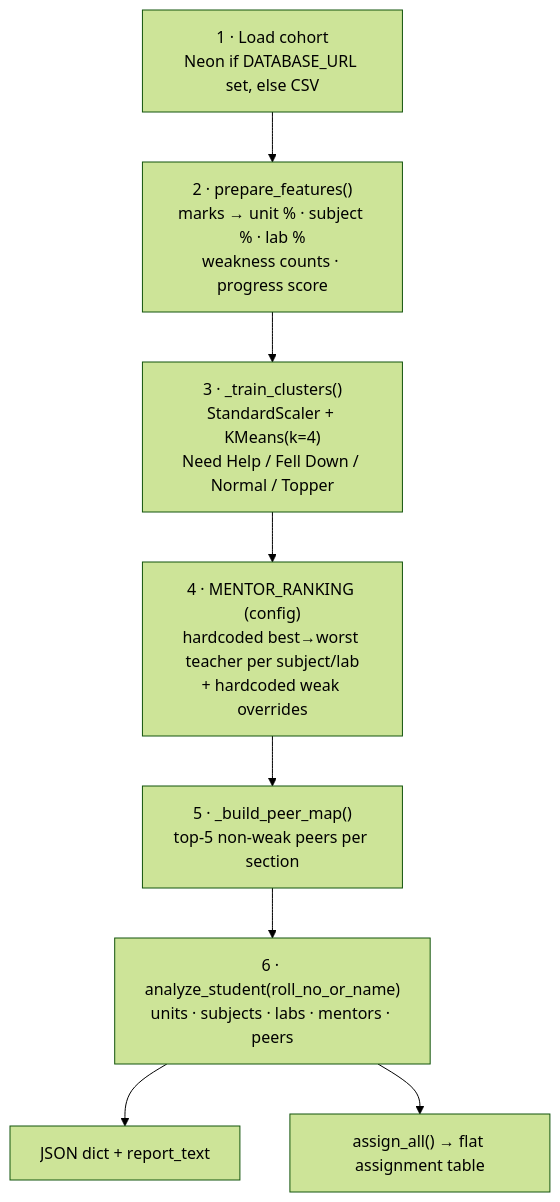
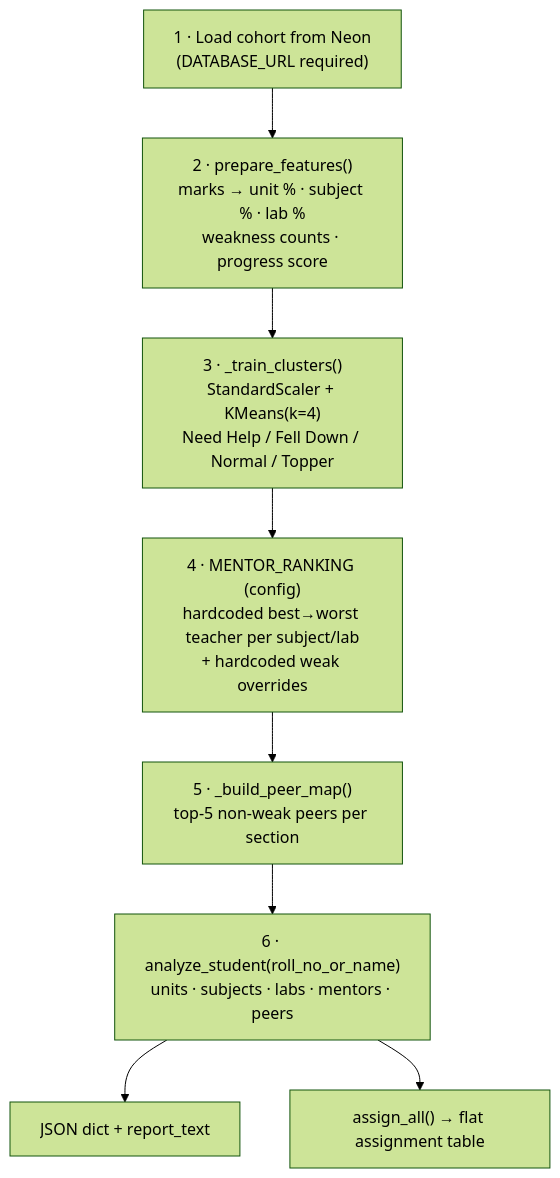
Before and after one commit to cybodexx/edu-growth: the third of 6 diagrams in README.md, drawn with Mermaid (forest theme). The commit also changed other lines of this file and 19 other files, not shown here.

````diff
--- a/README.md
+++ b/README.md
@@ -148,10 +144,10 @@
 ```mermaid
 flowchart TD
-    S1["1 · Load cohort<br/>Neon if DATABASE_URL set, else CSV"] --> S2
+    S1["1 · Load cohort from Neon<br/>(DATABASE_URL required)"] --> S2
     S2["2 · prepare_features()<br/>marks → unit % · subject % · lab %<br/>weakness counts · progress score"] --> S3
     S3["3 · _train_clusters()<br/>StandardScaler + KMeans(k=4)<br/>Need Help / Fell Down / Normal / Topper"] --> S4
     S4["4 · MENTOR_RANKING (config)<br/>hardcoded best→worst teacher per subject/lab<br/>+ hardcoded weak overrides"] --> S5
     S5["5 · _build_peer_map()<br/>top-5 non-weak peers per section"] --> S6
     S6["6 · analyze_student(roll_no_or_name)<br/>units · subjects · labs · mentors · peers"] --> S7["JSON dict + report_text"]
     S6 --> S8["assign_all() → flat assignment table"]
 ```
````
